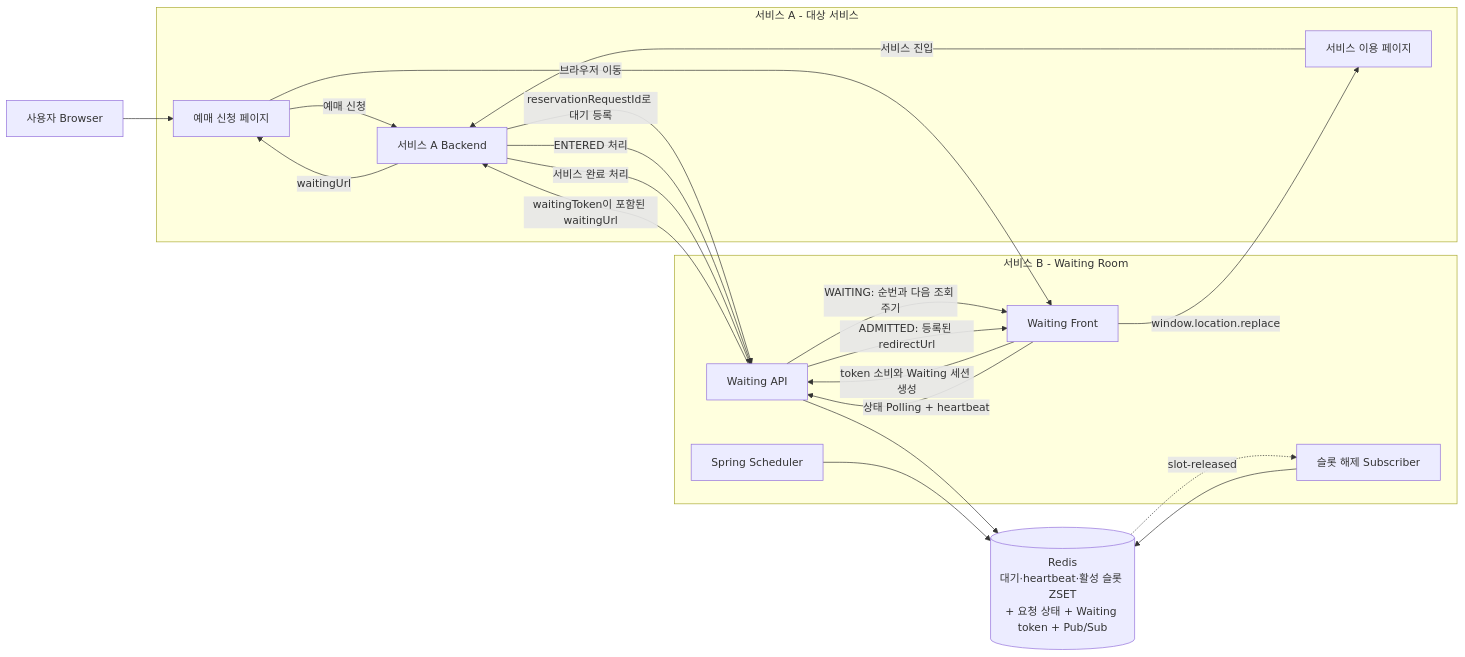
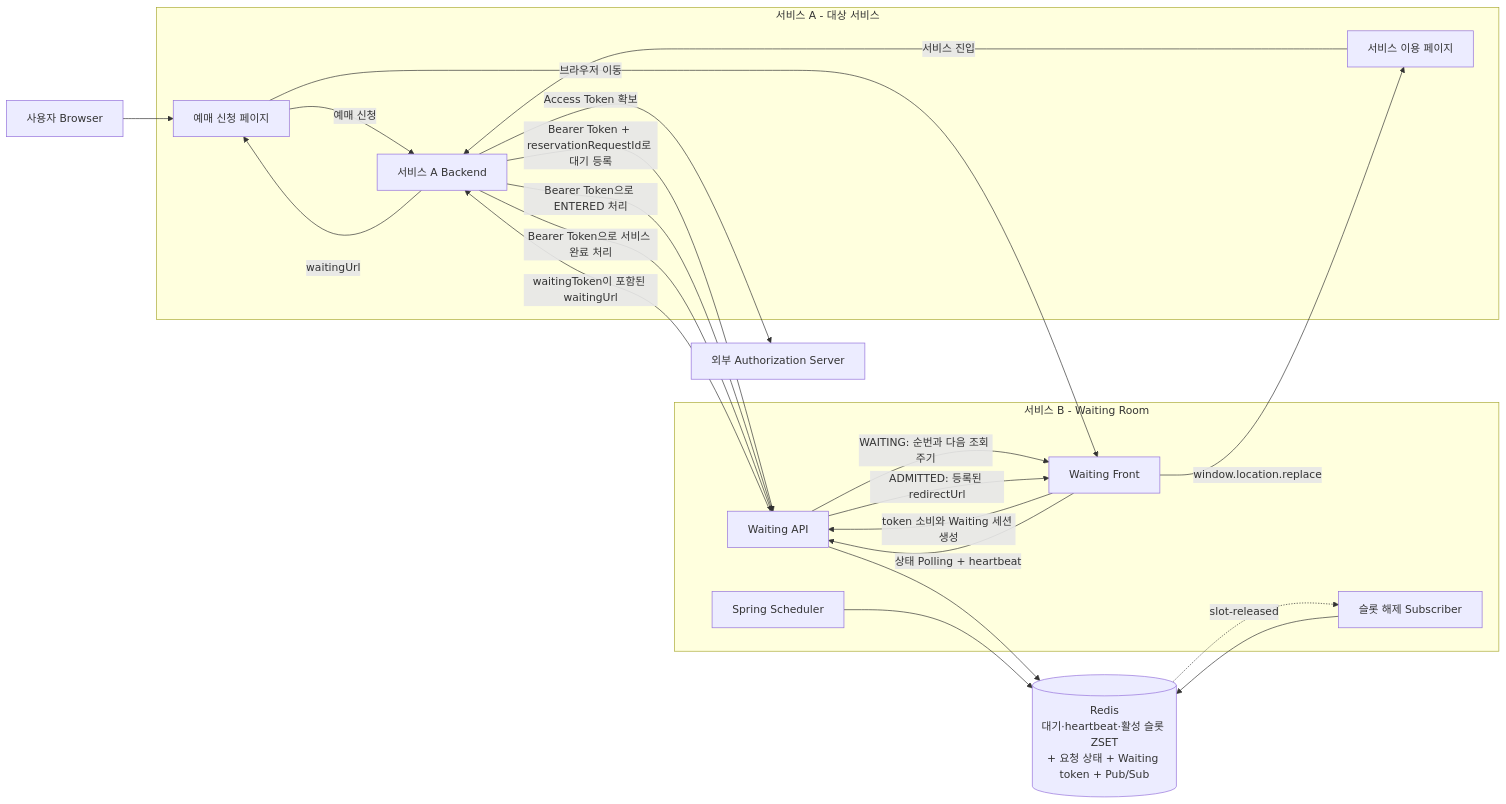
The first of 4 diagrams in docs/waiting-room-architecture.md (KimJeongnam/jn-waiting-room), drawn with Mermaid before and after one commit. The commit also changed other lines of this file and 68 other files, not shown here.

````diff
--- a/docs/waiting-room-architecture.md
+++ b/docs/waiting-room-architecture.md
@@ -30,41 +32,43 @@
 ```mermaid
 flowchart LR
     User[사용자 Browser]
+    AuthorizationServer[외부 Authorization Server]
 
     subgraph ServiceA[서비스 A - 대상 서비스]
         ReservationPage[예매 신청 페이지]
         ServicePage[서비스 이용 페이지]
         ServiceBackend[서비스 A Backend]
     end
 
     subgraph ServiceB[서비스 B - Waiting Room]
         WaitingPage[Waiting Front]
         WaitingApi[Waiting API]
         Scheduler[Spring Scheduler]
         Subscriber[슬롯 해제 Subscriber]
     end
 
     Redis[(Redis<br/>대기·heartbeat·활성 슬롯 ZSET<br/>+ 요청 상태 + Waiting token + Pub/Sub)]
 
     User --> ReservationPage
     ReservationPage -->|예매 신청| ServiceBackend
-    ServiceBackend -->|reservationRequestId로 대기 등록| WaitingApi
+    ServiceBackend -->|Access Token 확보| AuthorizationServer
+    ServiceBackend -->|Bearer Token + reservationRequestId로 대기 등록| WaitingApi
     WaitingApi --> Redis
     WaitingApi -->|waitingToken이 포함된 waitingUrl| ServiceBackend
     ServiceBackend -->|waitingUrl| ReservationPage
     ReservationPage -->|브라우저 이동| WaitingPage
     WaitingPage -->|token 소비와 Waiting 세션 생성| WaitingApi
 
     WaitingPage -->|상태 Polling + heartbeat| WaitingApi
     WaitingApi -->|WAITING: 순번과 다음 조회 주기| WaitingPage
     WaitingApi -->|ADMITTED: 등록된 redirectUrl| WaitingPage
     WaitingPage -->|window.location.replace| ServicePage
 
     ServicePage -->|서비스 진입| ServiceBackend
-    ServiceBackend -->|ENTERED 처리| WaitingApi
-    ServiceBackend -->|서비스 완료 처리| WaitingApi
+    ServiceBackend -->|Bearer Token으로 ENTERED 처리| WaitingApi
+    ServiceBackend -->|Bearer Token으로 서비스 완료 처리| WaitingApi
 
     Scheduler --> Redis
     Subscriber --> Redis
     Redis -. slot-released .-> Subscriber
 ```
````
